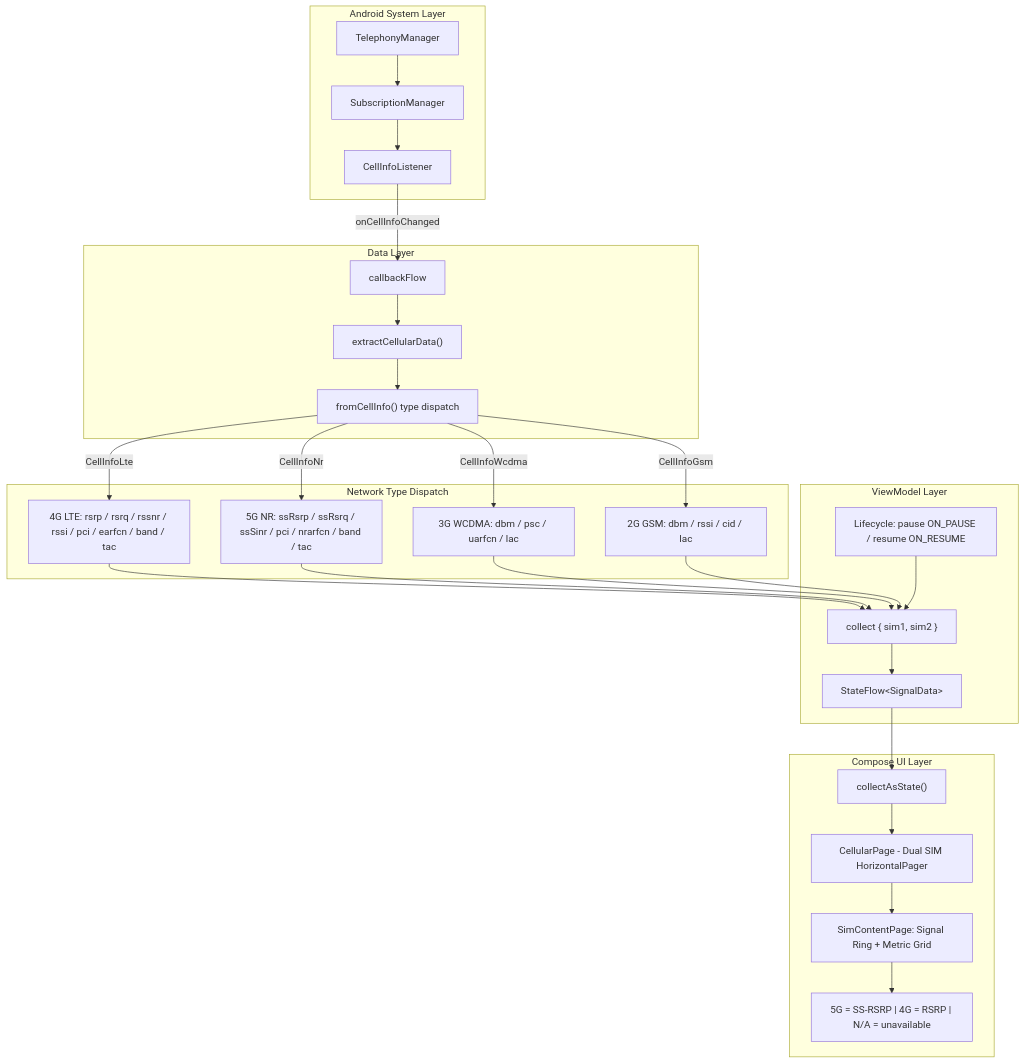
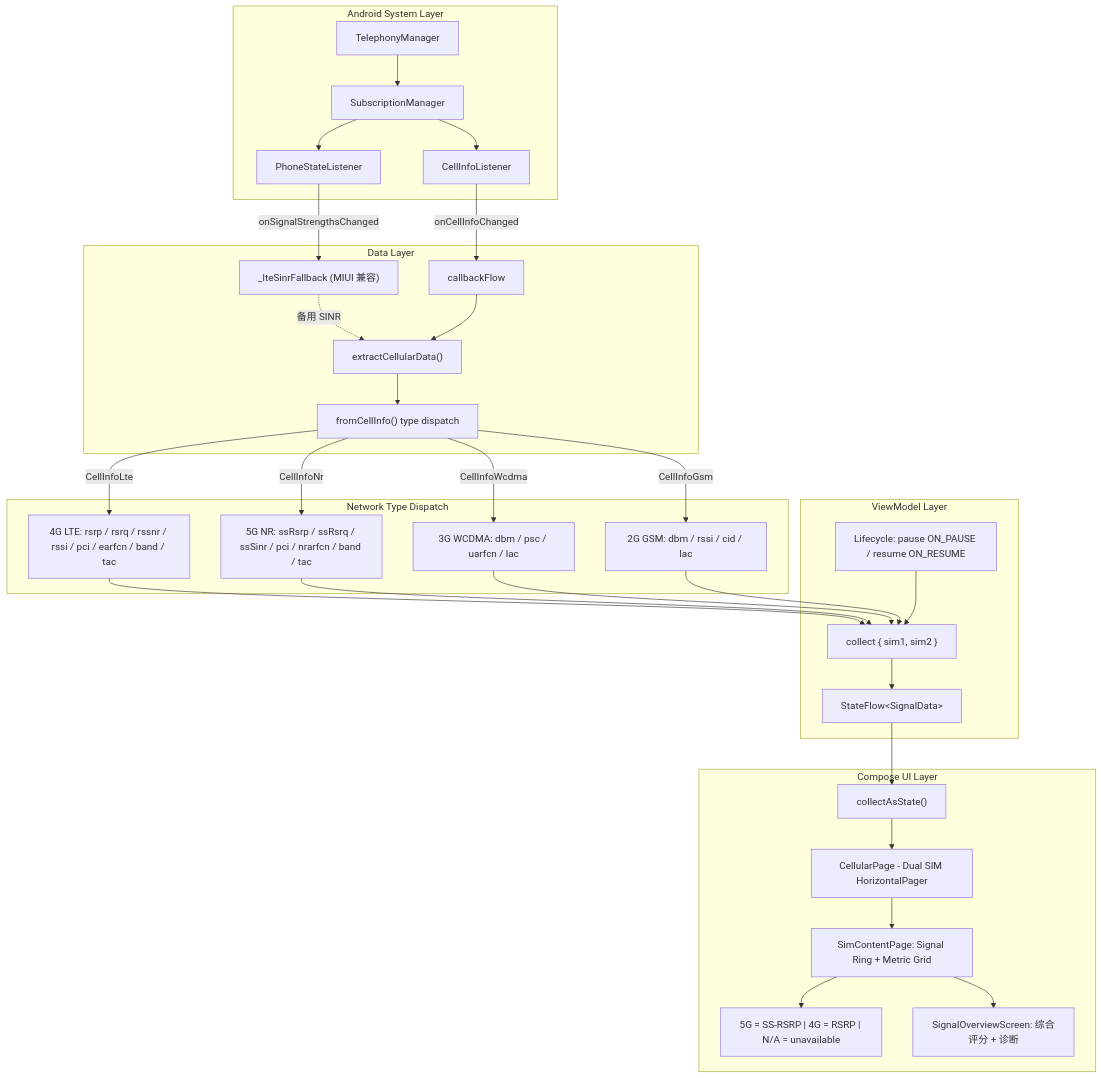
The diagram in README.md (hpmdr/Signal-Insight), drawn with Mermaid before and after one commit. The commit also changed other lines of this file and 1 other file, not shown here.

````diff
--- a/README.md
+++ b/README.md
@@ -10,54 +10,61 @@
 ```mermaid
 flowchart TB
     subgraph Android["Android System Layer"]
         TM[TelephonyManager]
         SC[SubscriptionManager]
         TC[CellInfoListener]
+        SS[PhoneStateListener]
     end
 
     subgraph Data["Data Layer"]
         CF["callbackFlow"]
         EC["extractCellularData()"]
         FI["fromCellInfo() type dispatch"]
+        SFB["_lteSinrFallback (MIUI 兼容)"]
     end
 
     subgraph Model["Network Type Dispatch"]
         L4G["4G LTE: rsrp / rsrq / rssnr / rssi / pci / earfcn / band / tac"]
         NR["5G NR: ssRsrp / ssRsrq / ssSinr / pci / nrarfcn / band / tac"]
         W3G["3G WCDMA: dbm / psc / uarfcn / lac"]
         G2G["2G GSM: dbm / rssi / cid / lac"]
     end
 
     subgraph ViewModel["ViewModel Layer"]
         COLL["collect { sim1, sim2 }"]
         SF["StateFlow&lt;SignalData&gt;"]
         LIFE["Lifecycle: pause ON_PAUSE / resume ON_RESUME"]
     end
 
     subgraph UI["Compose UI Layer"]
         CS["collectAsState()"]
         CP["CellularPage - Dual SIM HorizontalPager"]
         SG["SimContentPage: Signal Ring + Metric Grid"]
         NT["5G = SS-RSRP | 4G = RSRP | N/A = unavailable"]
+        SO["SignalOverviewScreen: 综合评分 + 诊断"]
     end
 
     TM --> SC
     SC --> TC
+    SC --> SS
     TC -->|onCellInfoChanged| CF
+    SS -->|onSignalStrengthsChanged| SFB
+    SFB -.->|备用 SINR| EC
     CF --> EC
     EC --> FI
 
     FI -->|CellInfoLte| L4G
     FI -->|CellInfoNr| NR
     FI -->|CellInfoWcdma| W3G
     FI -->|CellInfoGsm| G2G
 
     L4G & NR & W3G & G2G --> COLL
     COLL --> SF
     LIFE --> COLL
 
     SF --> CS
     CS --> CP
     CP --> SG
+    SG --> SO
     SG --> NT
 ```
````
